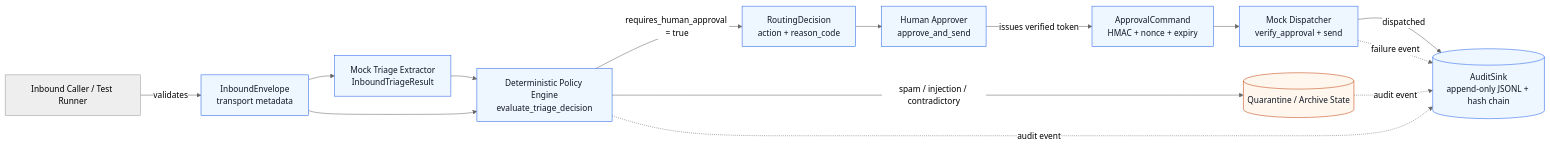
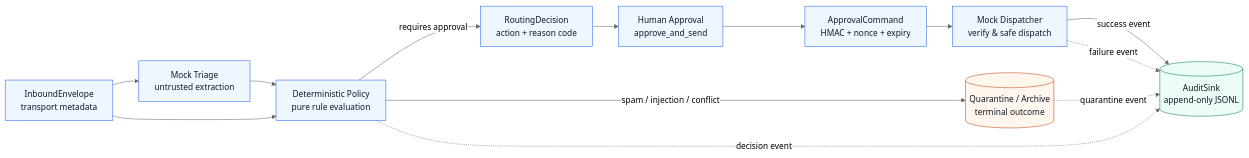
Before and after one commit to Kavleri/beda-inbound-orchestrator: the diagram in docs/architecture-local.mmd, drawn with Mermaid (neutral theme). The commit also changed 3 other files, not shown here.

Commit message:
docs(refine): finalize 83-test suite, exact local architecture flow, and audit/demo wording

````diff
--- a/docs/architecture-local.mmd
+++ b/docs/architecture-local.mmd
@@ -1,34 +1,33 @@
 ```mermaid
 flowchart LR
-    Client[Inbound Caller / Test Runner]
     Envelope[InboundEnvelope<br/>transport metadata]
-    Triage[Mock Triage Extractor<br/>InboundTriageResult]
-    Policy[Deterministic Policy Engine<br/>evaluate_triage_decision]
-    Decision[RoutingDecision<br/>action + reason_code]
-    Human[Human Approver<br/>approve_and_send]
+    Triage[Mock Triage<br/>untrusted extraction]
+    Policy[Deterministic Policy<br/>pure rule evaluation]
+    Decision[RoutingDecision<br/>action + reason code]
+    Approval[Human Approval<br/>approve_and_send]
     Command[ApprovalCommand<br/>HMAC + nonce + expiry]
-    Dispatcher[Mock Dispatcher<br/>verify_approval + send]
-    AuditSink[(AuditSink<br/>append-only JSONL + hash chain)]
-    Quarantine[(Quarantine / Archive State)]
+    Dispatcher[Mock Dispatcher<br/>verify & safe dispatch]
+    AuditSink[(AuditSink<br/>append-only JSONL)]
+    Quarantine[(Quarantine / Archive<br/>terminal outcome)]
 
-    Client -->|validates| Envelope
     Envelope --> Triage
     Triage --> Policy
     Envelope --> Policy
-    Policy -->|requires_human_approval = true| Decision
-    Policy -->|spam / injection / contradictory| Quarantine
-    Decision --> Human
-    Human -->|issues verified token| Command
+    Policy -->|requires approval| Decision
+    Policy -->|spam / injection / conflict| Quarantine
+    Decision --> Approval
+    Approval --> Command
     Command --> Dispatcher
-    Dispatcher -->|dispatched| AuditSink
-    Policy -.->|audit event| AuditSink
-    Quarantine -.->|audit event| AuditSink
+    Dispatcher -->|success event| AuditSink
+    Policy -.->|decision event| AuditSink
+    Quarantine -.->|quarantine event| AuditSink
     Dispatcher -.->|failure event| AuditSink
 
-    classDef implemented fill:#eef6ff,stroke:#2563eb,color:#111827;
-    classDef terminal fill:#ecfdf5,stroke:#047857,color:#111827;
-    classDef quarantine fill:#fff7ed,stroke:#c2410c,color:#111827;
+    classDef normal fill:#eef6ff,stroke:#2563eb,color:#111827;
+    classDef terminal fill:#fff7ed,stroke:#c2410c,color:#111827;
+    classDef audit fill:#ecfdf5,stroke:#047857,color:#111827;
 
-    class Envelope,Triage,Policy,Decision,Human,Command,Dispatcher,AuditSink implemented;
-    class Quarantine quarantine;
+    class Envelope,Triage,Policy,Decision,Approval,Command,Dispatcher normal;
+    class Quarantine terminal;
+    class AuditSink audit;
 ```
````
